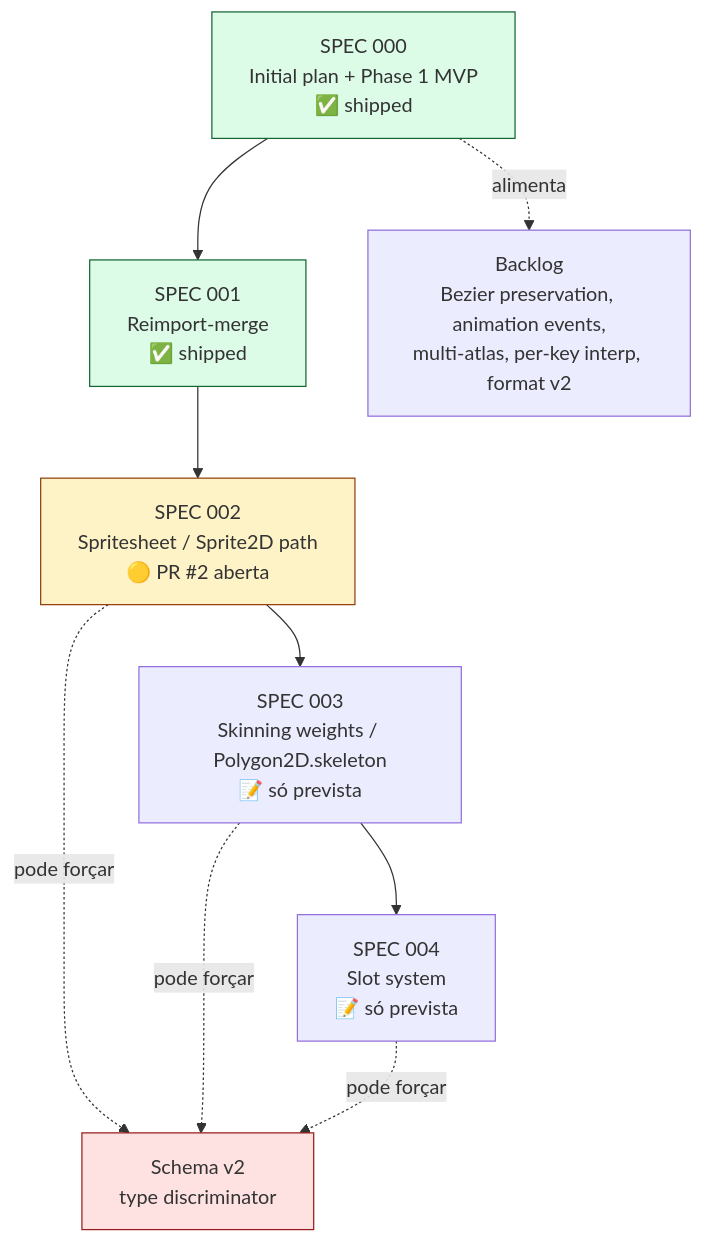
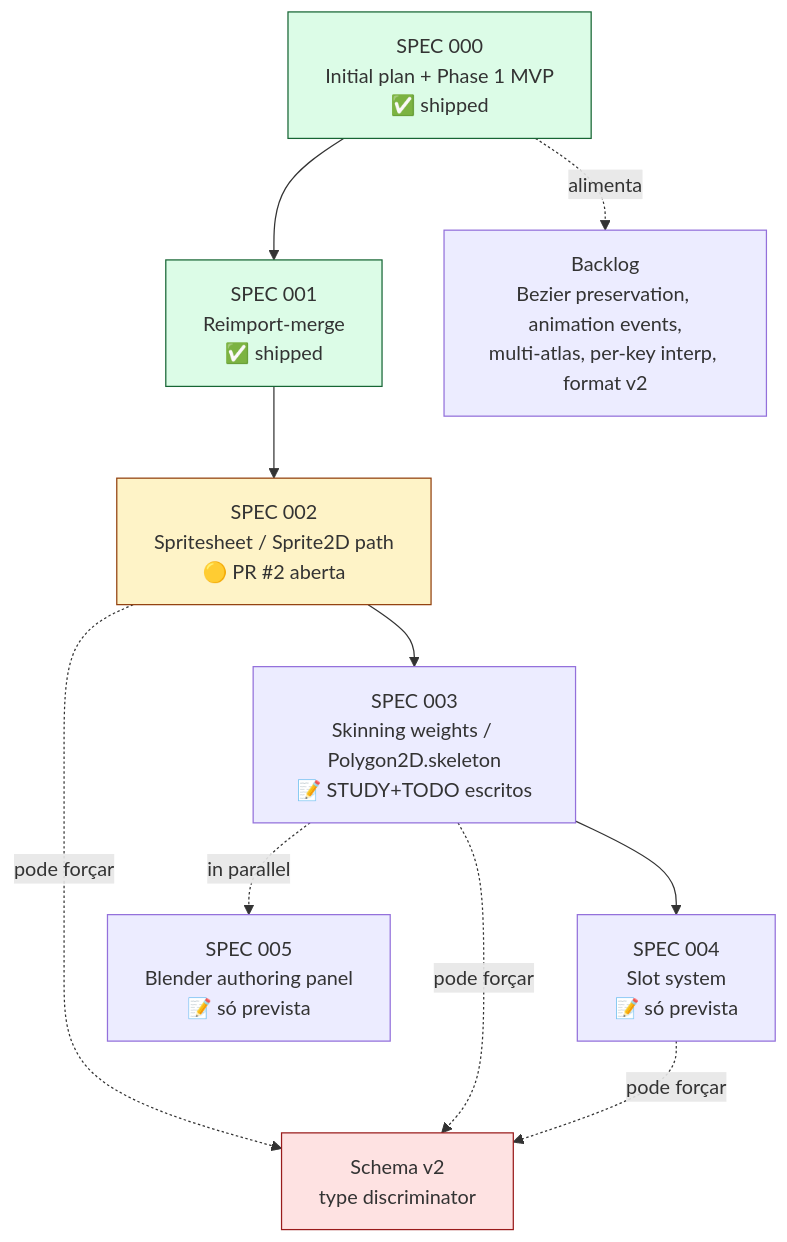
One commit to Space-Wizard-Studios/firebound-proscenio changed the fourth of 5 diagrams in STATUS.md. Above: the diagram before and after it, drawn with Mermaid. The commit also changed other lines of this file, not shown here.

Commit message:
docs(status): SPEC 003 designed, SPEC 005 reserved, next-step rewritten

````diff
--- a/STATUS.md
+++ b/STATUS.md
@@ -134,25 +134,27 @@
 ```mermaid
 flowchart TB
     S0[SPEC 000<br/>Initial plan + Phase 1 MVP<br/>✅ shipped]
     S1[SPEC 001<br/>Reimport-merge<br/>✅ shipped]
     S2[SPEC 002<br/>Spritesheet / Sprite2D path<br/>🟡 PR #2 aberta]
-    S3[SPEC 003<br/>Skinning weights / Polygon2D.skeleton<br/>📝 só prevista]
+    S3[SPEC 003<br/>Skinning weights / Polygon2D.skeleton<br/>📝 STUDY+TODO escritos]
     S4[SPEC 004<br/>Slot system<br/>📝 só prevista]
+    S5[SPEC 005<br/>Blender authoring panel<br/>📝 só prevista]
 
     BACKLOG[Backlog<br/>Bezier preservation, animation events,<br/>multi-atlas, per-key interp, format v2]
 
     S0 --> S1
     S1 --> S2
     S2 --> S3
     S3 --> S4
+    S3 -.in parallel.-> S5
 
     S0 -.alimenta.-> BACKLOG
     S2 -.pode forçar.-> SCHEMA_V2[Schema v2<br/>type discriminator]
     S3 -.pode forçar.-> SCHEMA_V2
     S4 -.pode forçar.-> SCHEMA_V2
 
     style S0 fill:#dcfce7,stroke:#166534
     style S1 fill:#dcfce7,stroke:#166534
     style S2 fill:#fef3c7,stroke:#92400e
     style SCHEMA_V2 fill:#fee2e2,stroke:#991b1b
 ```
````
